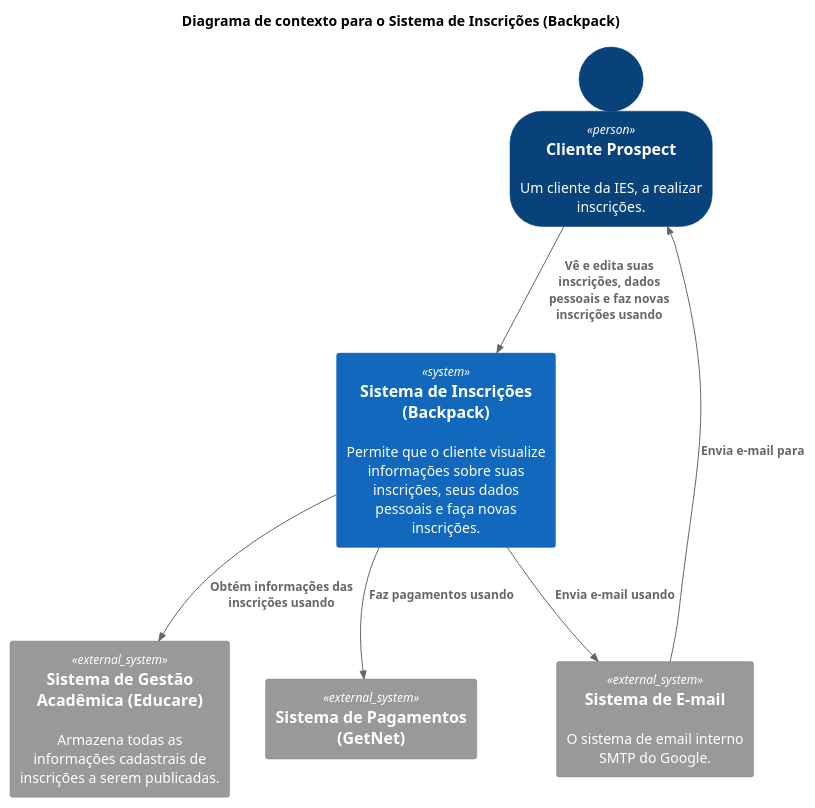
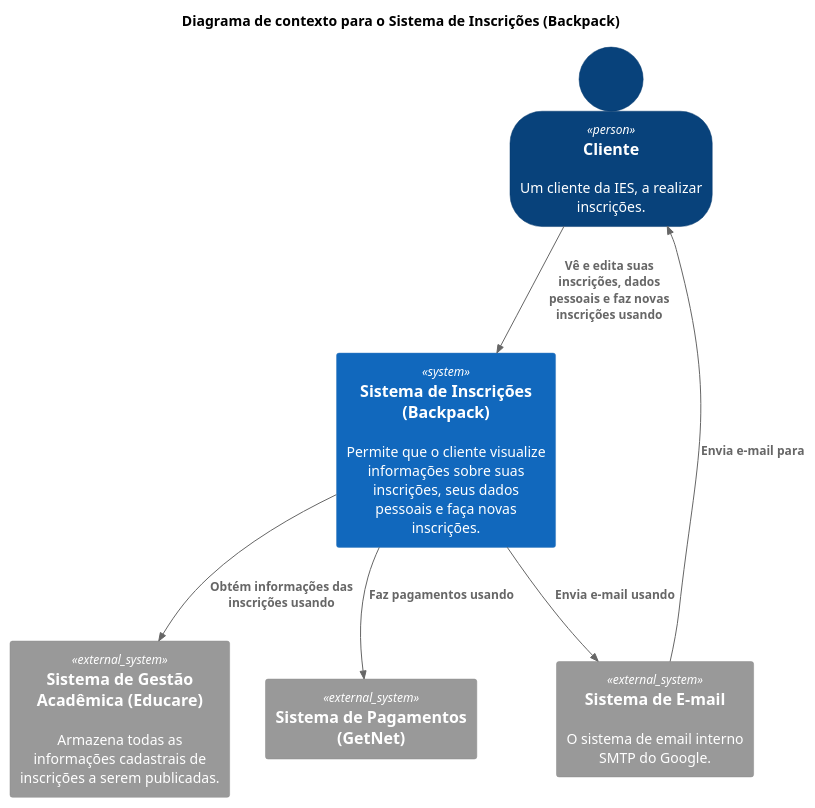
One commit to jeanLuizInsight/arquitetura-pa changed the diagram in level1.puml. Above: the diagram before and after it, drawn with PlantUML.

Commit message:
Finalizado diagrama level 1.

```diff
--- a/level1.puml
+++ b/level1.puml
@@ -1,19 +1,19 @@
 @startuml Level1
 !include https://raw.githubusercontent.com/plantuml-stdlib/C4-PlantUML/master/C4_Container.puml
 !include https://raw.githubusercontent.com/plantuml-stdlib/C4-PlantUML/master/C4_Component.puml
 
 title Diagrama de contexto para o Sistema de Inscrições (Backpack)
 
 SHOW_PERSON_OUTLINE()
 
-Person(client, "Cliente Prospect", "Um cliente da IES, a realizar inscrições.")
+Person(client, "Cliente", "Um cliente da IES, a realizar inscrições.")
 System(backpack, "Sistema de Inscrições (Backpack)", "Permite que o cliente visualize informações sobre suas inscrições, seus dados pessoais e faça novas inscrições.")
 Rel(client, backpack, "Vê e edita suas inscrições, dados pessoais e faz novas inscrições usando")
 System_Ext(email, "Sistema de E-mail", "O sistema de email interno SMTP do Google.")
 Rel(email, client, "Envia e-mail para")
 Rel(backpack, email, "Envia e-mail usando")
 System_Ext(educare, "Sistema de Gestão Acadêmica (Educare)", "Armazena todas as informações cadastrais de inscrições a serem publicadas.")
 Rel(backpack, educare, "Obtém informações das inscrições usando")
 System_Ext(getnet, "Sistema de Pagamentos (GetNet)")
 Rel(backpack, getnet, "Faz pagamentos usando")
 @enduml
```
